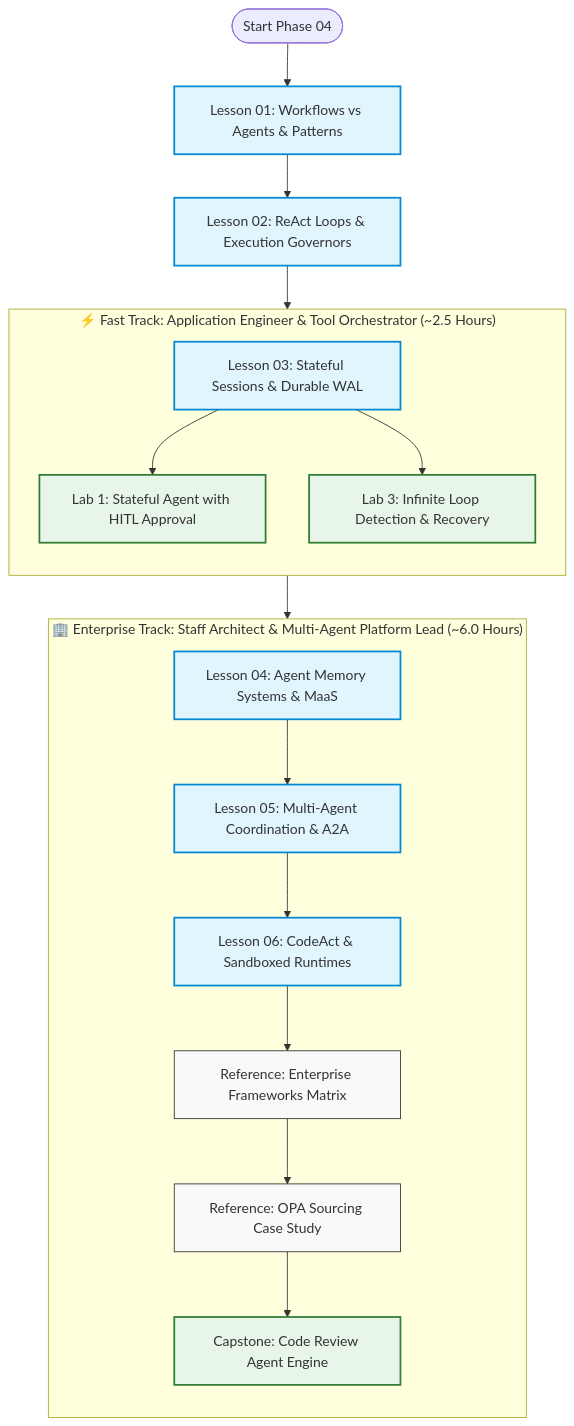
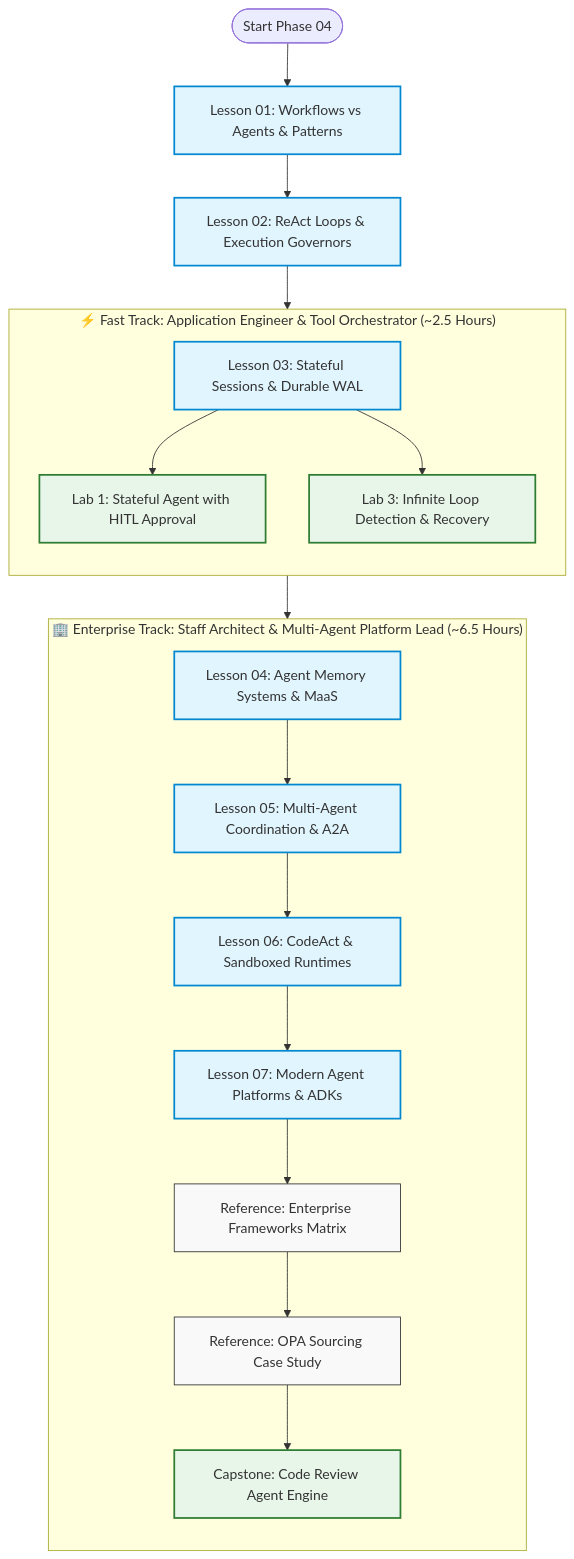
The first of 2 diagrams in 04-agentic-systems-and-orchestration/README.md (dip4k/senior-engineer-to-ai-engineer-roadmap), drawn with Mermaid before and after one commit. The commit also changed other lines of this file and 7 other files, not shown here.

Commit message:
feat(phase-04): add lesson 07 on agent platforms and adks with beginner-friendly AI explanations

````diff
--- a/04-agentic-systems-and-orchestration/README.md
+++ b/04-agentic-systems-and-orchestration/README.md
@@ -25,26 +25,27 @@
 ```mermaid
 flowchart TD
     classDef core fill:#e1f5fe,stroke:#0288d1,stroke-width:2px;
     classDef track fill:#f9f9f9,stroke:#333,stroke-width:1px;
     classDef lab fill:#e8f5e9,stroke:#2e7d32,stroke-width:2px;
 
     Start(["Start Phase 04"]) --> L1["Lesson 01: Workflows vs Agents & Patterns"]:::core
     L1 --> L2["Lesson 02: ReAct Loops & Execution Governors"]:::core
     L2 --> L3["Lesson 03: Stateful Sessions & Durable WAL"]:::core
     
     subgraph FastTrack["⚡ Fast Track: Application Engineer & Tool Orchestrator (~2.5 Hours)"]
         direction TB
         L3 --> Lab1["Lab 1: Stateful Agent with HITL Approval"]:::lab
         L3 --> Lab3["Lab 3: Infinite Loop Detection & Recovery"]:::lab
     end
     
-    subgraph EnterpriseTrack["🏢 Enterprise Track: Staff Architect & Multi-Agent Platform Lead (~6.0 Hours)"]
+    subgraph EnterpriseTrack["🏢 Enterprise Track: Staff Architect & Multi-Agent Platform Lead (~6.5 Hours)"]
         direction TB
         L3 --> L4["Lesson 04: Agent Memory Systems & MaaS"]:::core
         L4 --> L5["Lesson 05: Multi-Agent Coordination & A2A"]:::core
         L5 --> L6["Lesson 06: CodeAct & Sandboxed Runtimes"]:::core
-        L6 --> Ref1["Reference: Enterprise Frameworks Matrix"]:::track
+        L6 --> L7["Lesson 07: Modern Agent Platforms & ADKs"]:::core
+        L7 --> Ref1["Reference: Enterprise Frameworks Matrix"]:::track
         Ref1 --> Ref2["Reference: OPA Sourcing Case Study"]:::track
         Ref2 --> Capstone["Capstone: Code Review Agent Engine"]:::lab
     end
 ```
````
